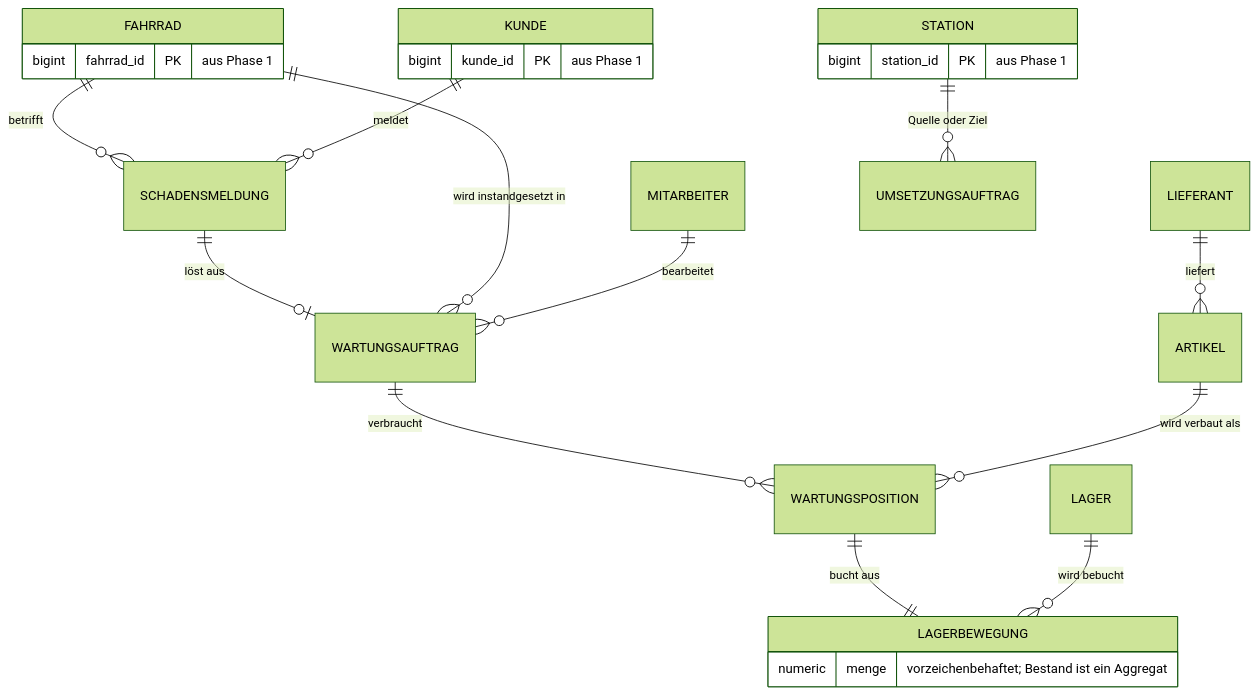
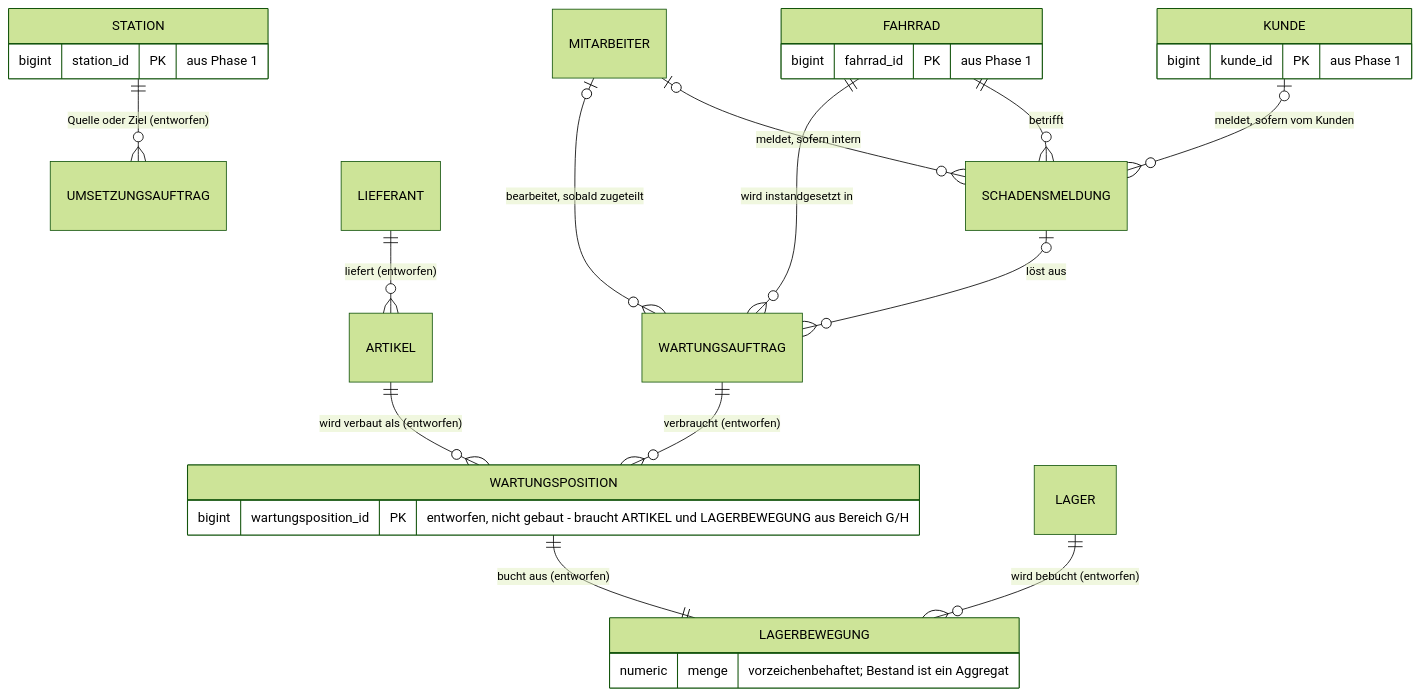
One commit to swrobuts/velocity-fallstudie changed the diagram in doku/datenmodell/erd/wawi-anschluss.mmd. Above: the diagram before and after it, drawn with Mermaid (forest theme). The commit also changed 12 other files, not shown here.

```diff
--- a/doku/datenmodell/erd/wawi-anschluss.mmd
+++ b/doku/datenmodell/erd/wawi-anschluss.mmd
@@ -1,17 +1,24 @@
 erDiagram
+    %% Gebaut (Aufgaben 9-13): schadensmeldung, wartungsauftrag - Bereich
+    %% I. Entworfen, nicht gebaut: wartungsposition, artikel, lieferant,
+    %% lager, lagerbewegung, umsetzungsauftrag (Bereiche G, H und der
+    %% Logistikteil von J) - Details und Begruendung in
+    %% doku/datenmodell/erd/erd-wawi.mmd.
     FAHRRAD       ||--o{ SCHADENSMELDUNG  : "betrifft"
-    KUNDE         ||--o{ SCHADENSMELDUNG  : "meldet"
-    SCHADENSMELDUNG ||--o| WARTUNGSAUFTRAG : "löst aus"
+    KUNDE         |o--o{ SCHADENSMELDUNG  : "meldet, sofern vom Kunden"
+    MITARBEITER   |o--o{ SCHADENSMELDUNG  : "meldet, sofern intern"
+    SCHADENSMELDUNG |o--o{ WARTUNGSAUFTRAG : "löst aus"
     FAHRRAD       ||--o{ WARTUNGSAUFTRAG  : "wird instandgesetzt in"
-    MITARBEITER   ||--o{ WARTUNGSAUFTRAG  : "bearbeitet"
-    WARTUNGSAUFTRAG ||--o{ WARTUNGSPOSITION : "verbraucht"
-    ARTIKEL       ||--o{ WARTUNGSPOSITION : "wird verbaut als"
-    WARTUNGSPOSITION ||--|| LAGERBEWEGUNG : "bucht aus"
-    LIEFERANT     ||--o{ ARTIKEL          : "liefert"
-    LAGER         ||--o{ LAGERBEWEGUNG    : "wird bebucht"
-    STATION       ||--o{ UMSETZUNGSAUFTRAG : "Quelle oder Ziel"
+    MITARBEITER   |o--o{ WARTUNGSAUFTRAG  : "bearbeitet, sobald zugeteilt"
+    WARTUNGSAUFTRAG ||--o{ WARTUNGSPOSITION : "verbraucht (entworfen)"
+    ARTIKEL       ||--o{ WARTUNGSPOSITION : "wird verbaut als (entworfen)"
+    WARTUNGSPOSITION ||--|| LAGERBEWEGUNG : "bucht aus (entworfen)"
+    LIEFERANT     ||--o{ ARTIKEL          : "liefert (entworfen)"
+    LAGER         ||--o{ LAGERBEWEGUNG    : "wird bebucht (entworfen)"
+    STATION       ||--o{ UMSETZUNGSAUFTRAG : "Quelle oder Ziel (entworfen)"
 
     FAHRRAD     { bigint fahrrad_id PK "aus Phase 1" }
     KUNDE       { bigint kunde_id PK "aus Phase 1" }
     STATION     { bigint station_id PK "aus Phase 1" }
+    WARTUNGSPOSITION { bigint wartungsposition_id PK "entworfen, nicht gebaut - braucht ARTIKEL und LAGERBEWEGUNG aus Bereich G/H" }
     LAGERBEWEGUNG { numeric menge "vorzeichenbehaftet; Bestand ist ein Aggregat" }
```
